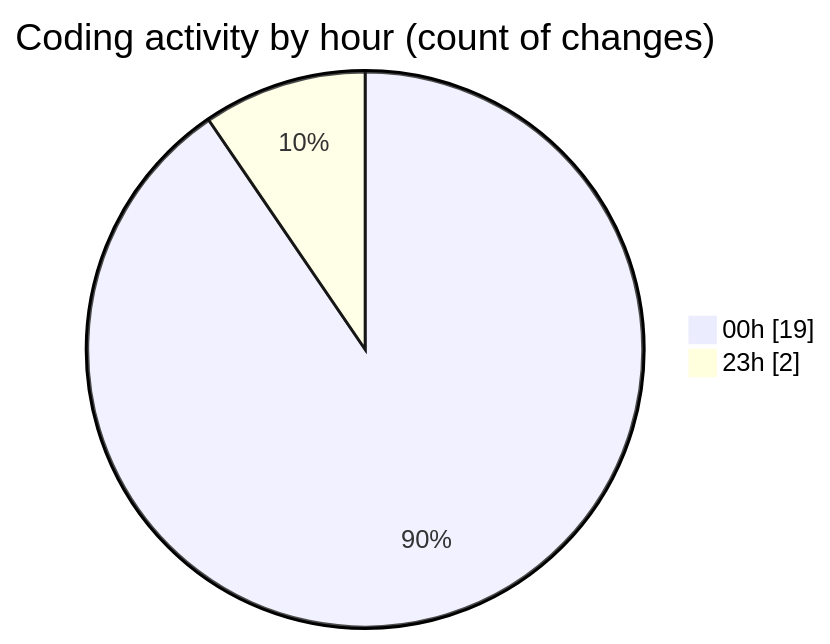
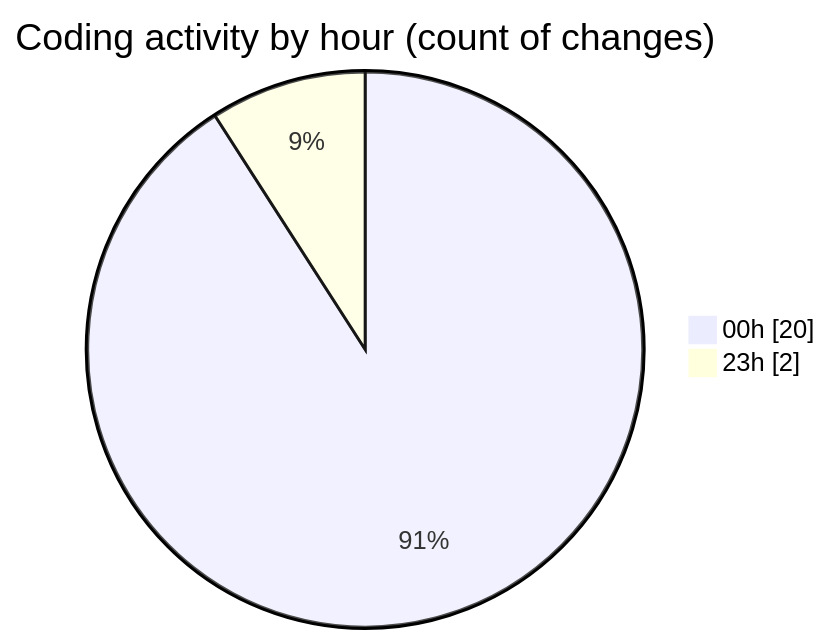
The second of 2 diagrams in 2025-03-24/aufgabe_250321/README.md (BS-eng2023/code-tracking), drawn with Mermaid before and after one commit. The commit also changed other lines of this file and 1 other file, not shown here.

````diff
--- a/2025-03-24/aufgabe_250321/README.md
+++ b/2025-03-24/aufgabe_250321/README.md
@@ -32,6 +32,6 @@
 ```mermaid
 pie showData
 title Coding activity by hour (count of changes)
-"00h" : 19
+"00h" : 20
 "23h" : 2
 ```
````
